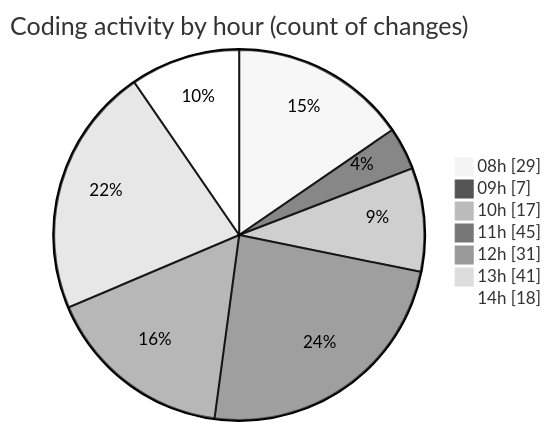
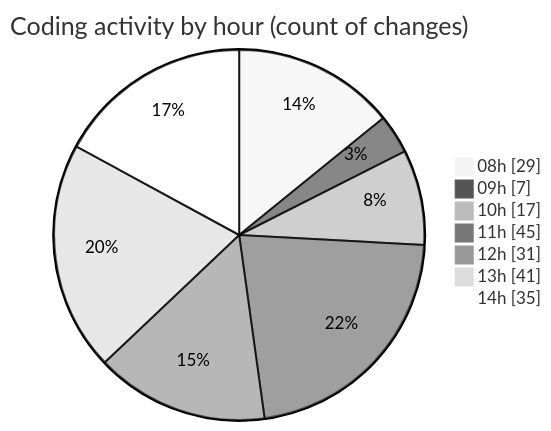
One commit to momahboobian/code-tracking changed the second of 2 diagrams in 2025-04-09/cda/README.md. Above: the diagram before and after it, drawn with Mermaid (neutral theme). The commit also changed other lines of this file and 1 other file, not shown here.

````diff
--- a/2025-04-09/cda/README.md
+++ b/2025-04-09/cda/README.md
@@ -56,11 +56,11 @@
 ```mermaid
 pie showData
 title Coding activity by hour (count of changes)
 "08h" : 29
 "09h" : 7
 "10h" : 17
 "11h" : 45
 "12h" : 31
 "13h" : 41
-"14h" : 18
+"14h" : 35
 ```
````
